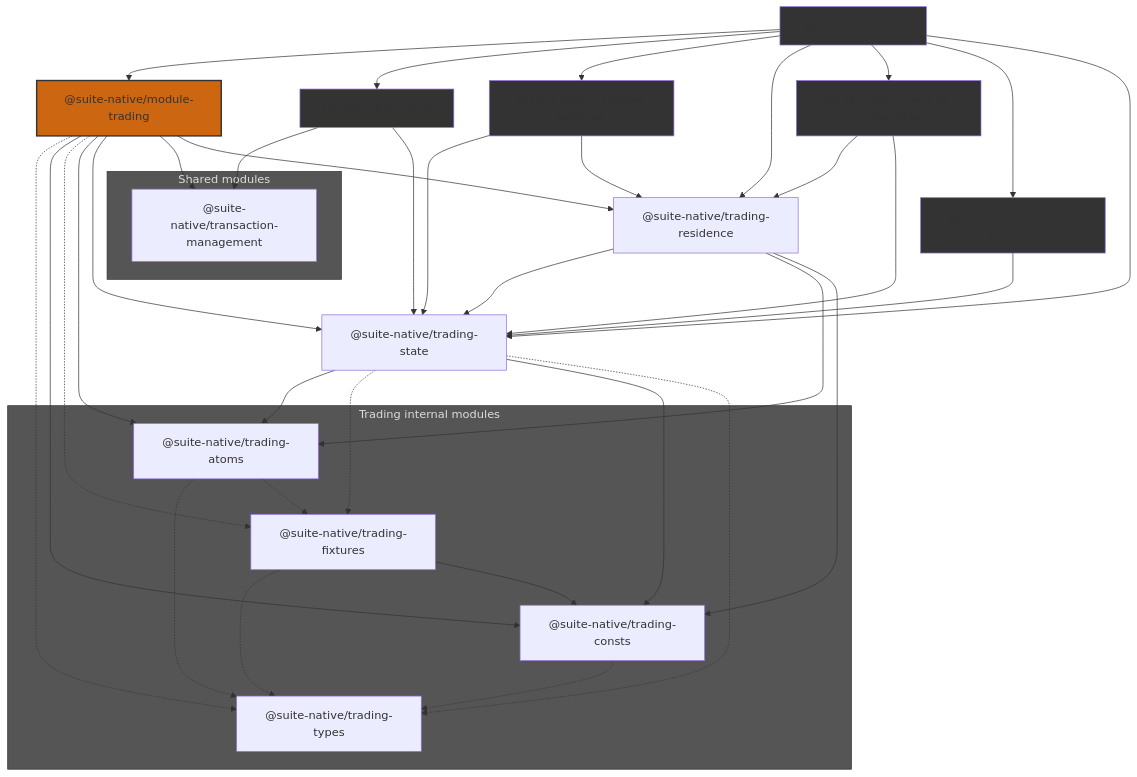
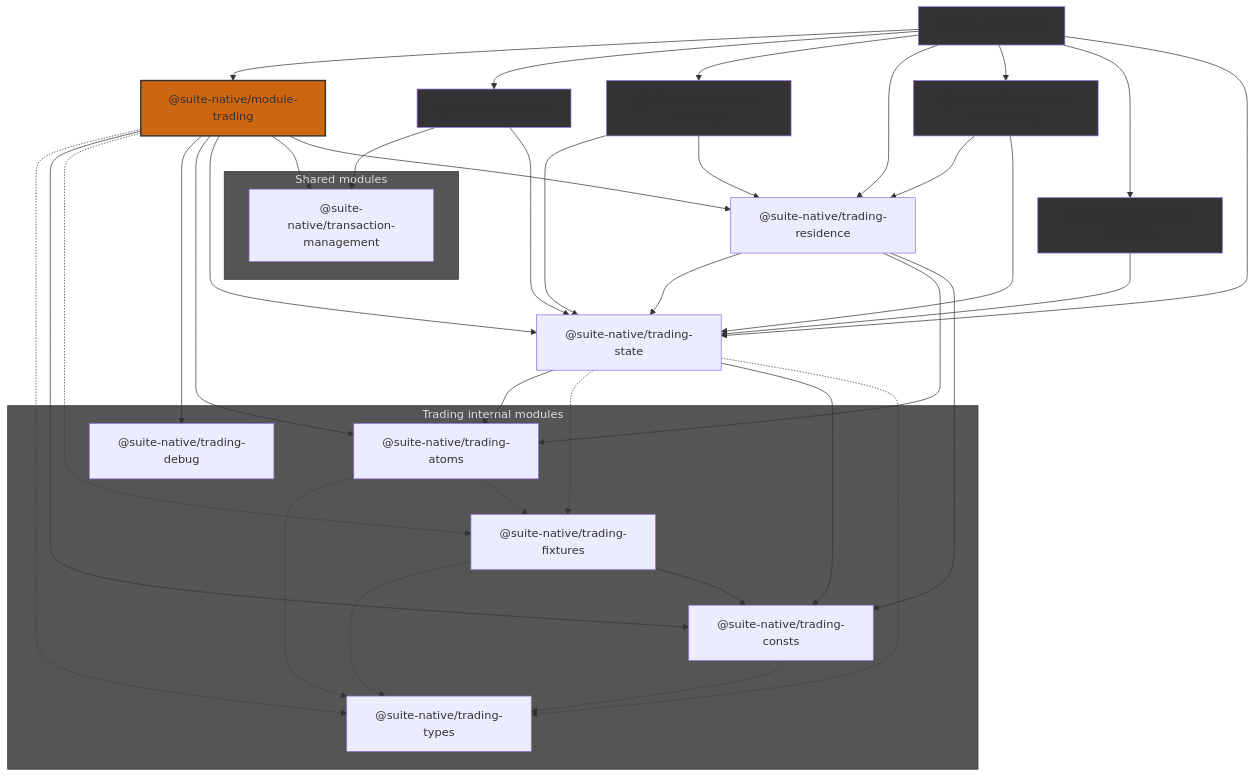
One commit to trezor/trezor-suite changed the diagram in suite-native/module-trading/README.md. Above: the diagram before and after it, drawn with Mermaid. The commit also changed other lines of this file and 21 other files, not shown here.

Commit message:
feat(suite-native): Mobile Trade: Display WebView URI in Trading Debug Mode

````diff
--- a/suite-native/module-trading/README.md
+++ b/suite-native/module-trading/README.md
@@ -41,61 +42,63 @@
 ```mermaid
 graph TD
     app["@suite-native/app"]
     module-dev-utils["@suite-native/module-dev-utils"]
     module-onboarding["@suite-native/module-onboarding"]
     module-settings["@suite-native/module-settings"]
     state["@suite-native/state"]
     module-trading["@suite-native/module-trading"]
     trading-residence["@suite-native/trading-residence"]
     trading-state["@suite-native/trading-state"]
     subgraph trading-internal["Trading internal modules"]
         trading-atoms["@suite-native/trading-atoms"]
+        trading-debug["@suite-native/trading-debug"]
         trading-fixtures["@suite-native/trading-fixtures"]
         trading-types["@suite-native/trading-types"]
         trading-consts["@suite-native/trading-consts"]
     end
     subgraph shared["Shared modules"]
         transaction-management["@suite-native/transaction-management"]
     end
 
     app --> module-trading
     app --> state
     app --> module-settings
     app --> trading-residence
     app --> module-onboarding
     app --> module-dev-utils
     app --> trading-state
     module-dev-utils --> trading-state
     module-onboarding --> trading-residence
     module-onboarding --> trading-state
     state --> transaction-management
     state --> trading-state
     module-settings --> trading-state
     module-settings --> trading-residence
     module-trading -.-> trading-types
     module-trading --> trading-consts
     module-trading -.-> trading-fixtures
+    module-trading --> trading-debug
     module-trading --> trading-atoms
     module-trading --> trading-state
     module-trading --> transaction-management
     module-trading --> trading-residence
     trading-residence --> trading-state
     trading-residence --> trading-atoms
     trading-residence --> trading-consts
     trading-state --> trading-atoms
     trading-state -.-> trading-fixtures
     trading-state --> trading-consts
     trading-state -.-> trading-types
     trading-atoms -.-> trading-types
     trading-atoms -.-> trading-fixtures
     trading-fixtures -.-> trading-types
     trading-fixtures --> trading-consts
     trading-consts -.-> trading-types
 
     classDef outer fill: #333
     classDef trading-root fill: #c61, stroke: #333, stroke-width: 2px
     classDef trading-group fill: #555, stroke: #333, color: #ddd
     class app,module-dev-utils,module-onboarding,module-settings,state outer
     class module-trading trading-root
     class trading-internal,shared trading-group
 ```
````
